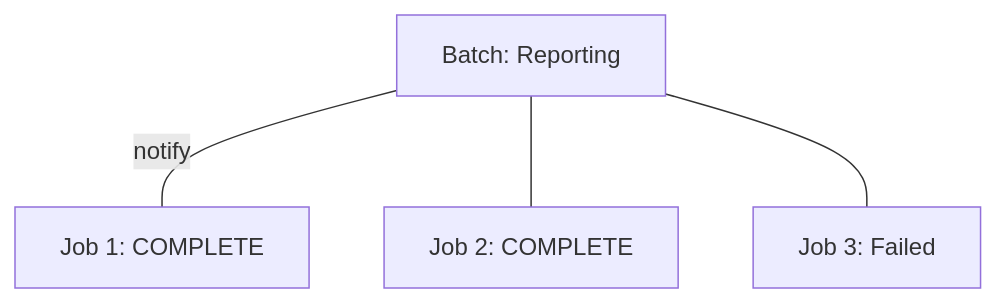
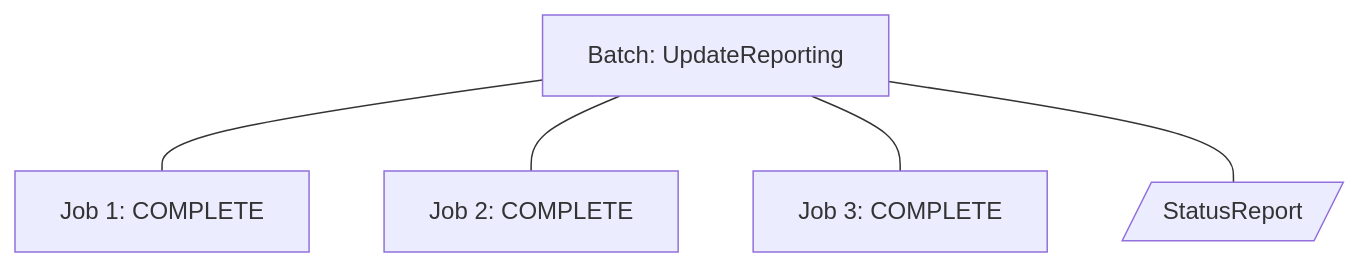
Diagram 31 of 48 in design/use-cases.md (CDLUC3/mrt-zk), drawn with Mermaid before and after one commit. The commit also changed other lines of this file, not shown here.

Commit message:
mermaid diagrams

````diff
--- a/design/use-cases.md
+++ b/design/use-cases.md
@@ -319,10 +401,13 @@
 ```mermaid
 graph TD
-  Batch[Batch: Reporting]
+  accTitle: 'Batch(UpdateReporting) has 3 Jobs (Complete, Complete, Complete)'
+  Batch[Batch: UpdateReporting]
   Job1[Job 1: COMPLETE]
   Job2[Job 2: COMPLETE]
-  Job3[Job 3: Failed]
-  Batch --- |notify| Job1
+  Job3[Job 3: COMPLETE]
+  Batch --- Job1
   Batch --- Job2
   Batch --- Job3
+  StatusReport[/StatusReport/]
+  Batch --- StatusReport
 ```
````
